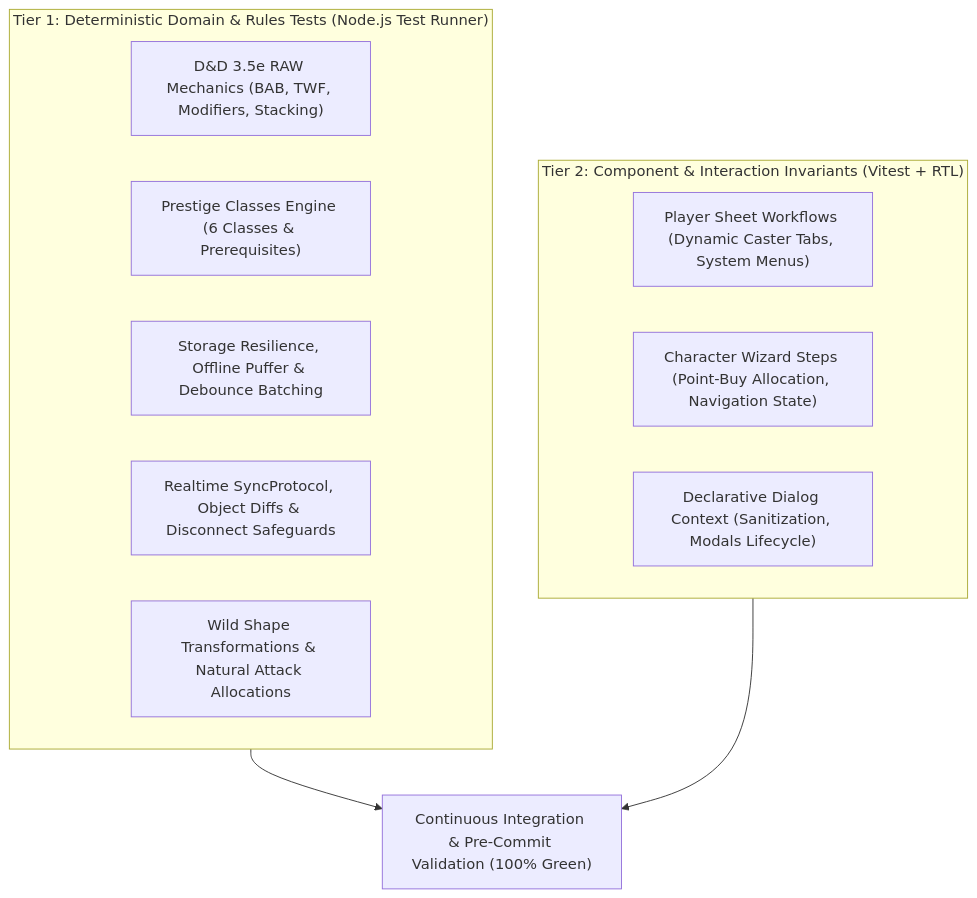
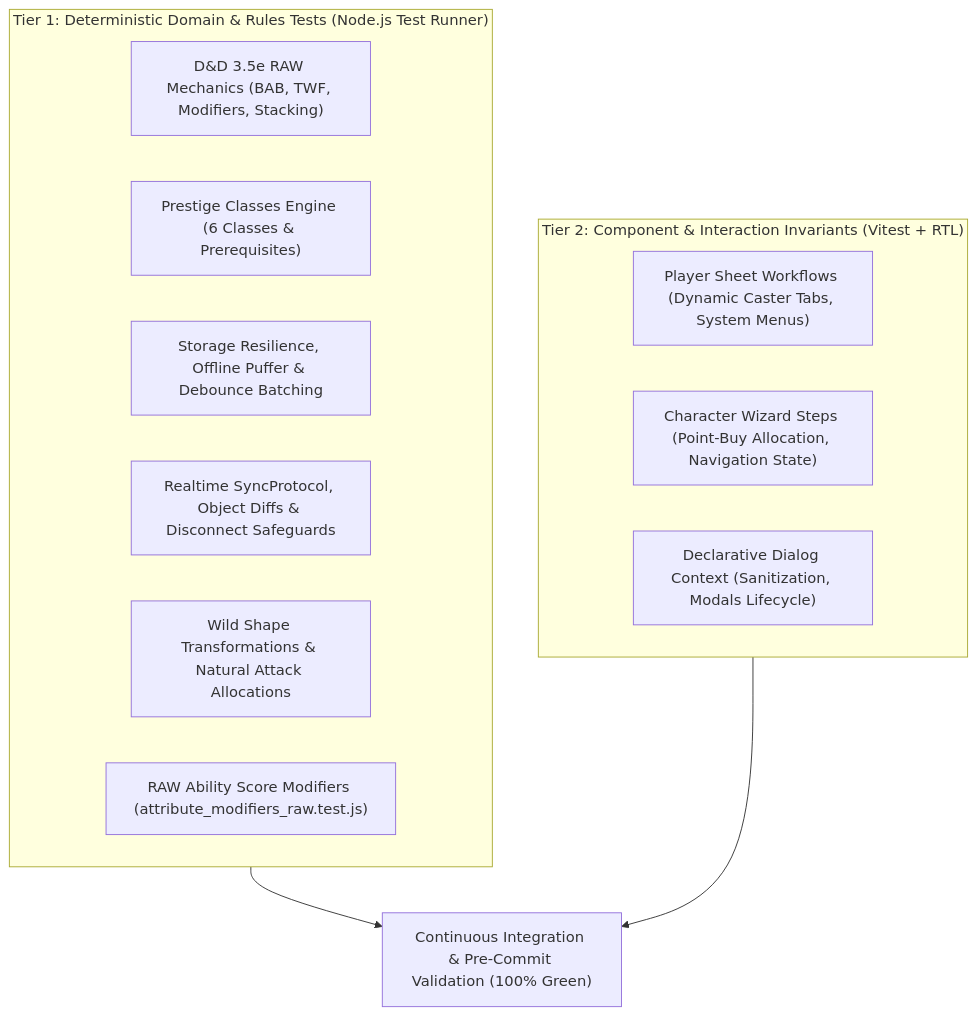
One commit to SplattedRabbit/TheCombatant changed the diagram in docs/TESTING.md. Above: the diagram before and after it, drawn with Mermaid. The commit also changed other lines of this file and 9 other files, not shown here.

````diff
--- a/docs/TESTING.md
+++ b/docs/TESTING.md
@@ -12,19 +12,20 @@
 ```mermaid
 graph TD
     subgraph Tier1 ["Tier 1: Deterministic Domain & Rules Tests (Node.js Test Runner)"]
         DndRules["D&D 3.5e RAW Mechanics (BAB, TWF, Modifiers, Stacking)"]
         Prestige["Prestige Classes Engine (6 Classes & Prerequisites)"]
         Resilience["Storage Resilience, Offline Puffer & Debounce Batching"]
         SyncProtocol["Realtime SyncProtocol, Object Diffs & Disconnect Safeguards"]
         WildShape["Wild Shape Transformations & Natural Attack Allocations"]
+        AttrMods["RAW Ability Score Modifiers (attribute_modifiers_raw.test.js)"]
     end
 
     subgraph Tier2 ["Tier 2: Component & Interaction Invariants (Vitest + RTL)"]
         SheetUI["Player Sheet Workflows (Dynamic Caster Tabs, System Menus)"]
         WizardUI["Character Wizard Steps (Point-Buy Allocation, Navigation State)"]
         ModalsUI["Declarative Dialog Context (Sanitization, Modals Lifecycle)"]
     end
 
     Tier1 --> QualityGate["Continuous Integration & Pre-Commit Validation (100% Green)"]
     Tier2 --> QualityGate
 ```
````
